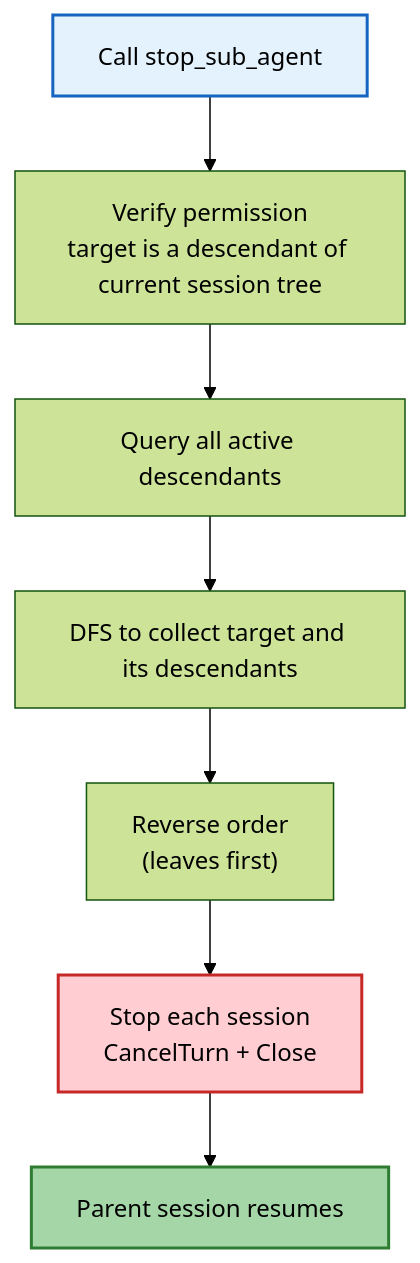
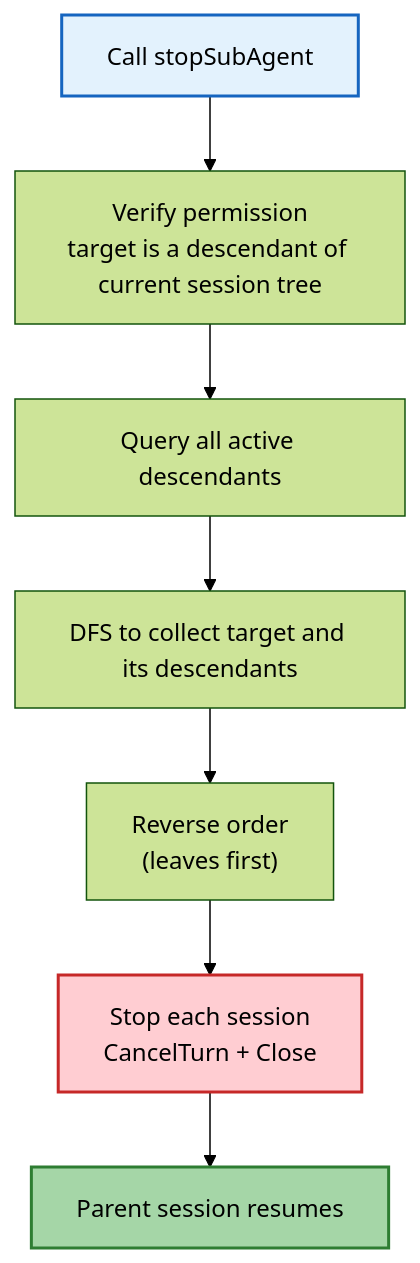
One commit to rtc-agent/docs changed the third of 4 diagrams in src/content/docs/en/features/llm-tools.md. Above: the diagram before and after it, drawn with Mermaid (forest theme). The commit also changed other lines of this file and 13 other files, not shown here.

````diff
--- a/src/content/docs/en/features/llm-tools.md
+++ b/src/content/docs/en/features/llm-tools.md
@@ -168,13 +176,13 @@
 ```mermaid
 flowchart TD
-    A["Call stop_sub_agent"] --> B["Verify permission<br/>target is a descendant of current session tree"]
+    A["Call stopSubAgent"] --> B["Verify permission<br/>target is a descendant of current session tree"]
     B --> C["Query all active descendants"]
     C --> D["DFS to collect target and its descendants"]
     D --> E["Reverse order<br/>(leaves first)"]
     E --> F["Stop each session<br/>CancelTurn + Close"]
     F --> G["Parent session resumes"]
 
     style A fill:#e3f2fd,stroke:#1565c0,stroke-width:2px
     style F fill:#ffcdd2,stroke:#c62828,stroke-width:2px
     style G fill:#a5d6a7,stroke:#2e7d32,stroke-width:2px
 ```
````
